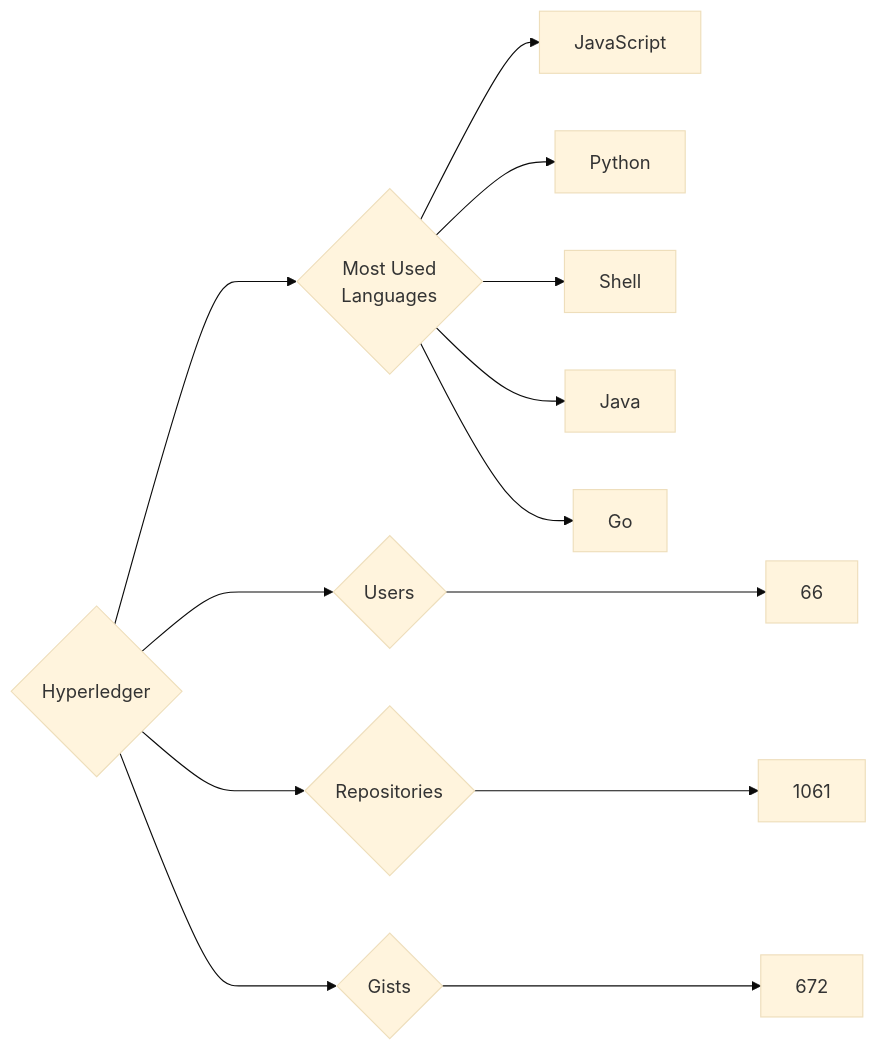
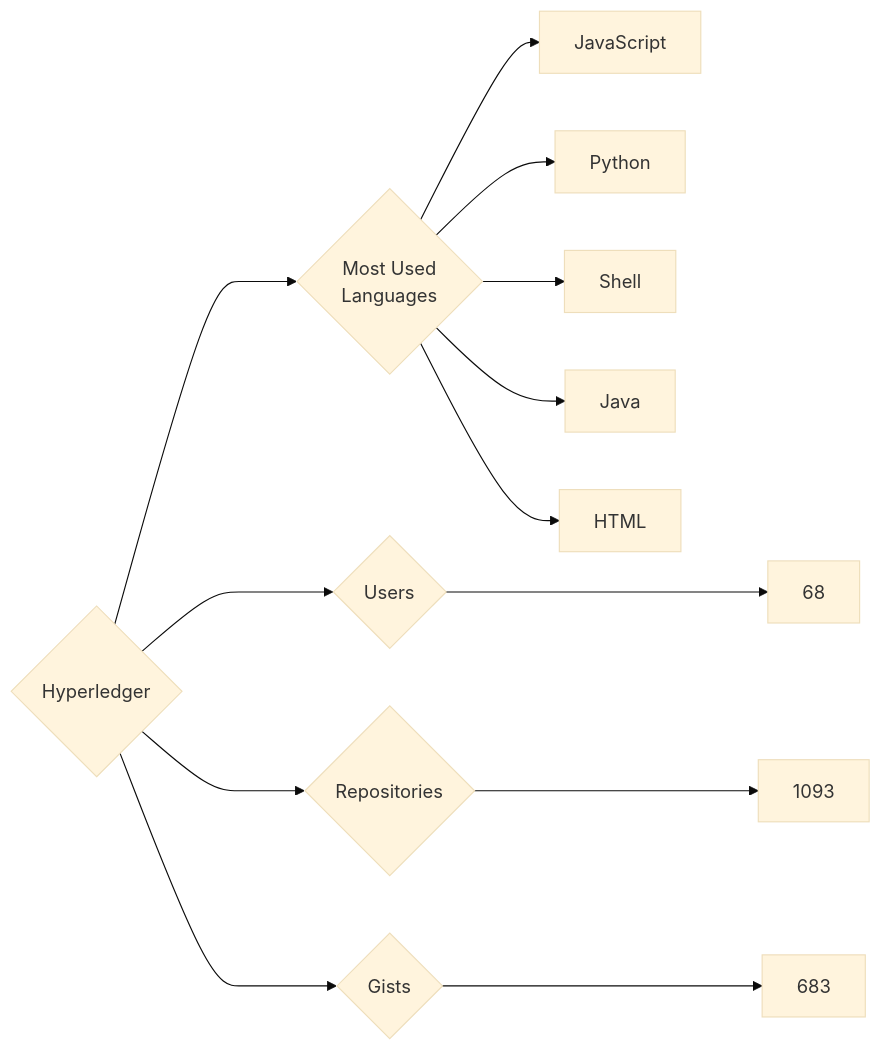
Before and after one commit to trickest/insiders: the diagram in targets/Hyperledger/README.md, drawn with Mermaid (base theme). The commit also changed 721 other files, not shown here.

````diff
--- a/targets/Hyperledger/README.md
+++ b/targets/Hyperledger/README.md
@@ -3,13 +3,13 @@
 ```mermaid
 graph LR
 COMPANY_NAME{Hyperledger}
-COMPANY_NAME ---> U{Users} ---> UN[66]
-COMPANY_NAME ---> R{Repositories} ---> RN[1061]
-COMPANY_NAME ---> G{Gists} ---> GN[672]
+COMPANY_NAME ---> U{Users} ---> UN[68]
+COMPANY_NAME ---> R{Repositories} ---> RN[1093]
+COMPANY_NAME ---> G{Gists} ---> GN[683]
 COMPANY_NAME ---> ML{Most Used<br>Languages}
 ML --> JavaScript[JavaScript]
 ML --> Python[Python]
 ML --> Shell[Shell]
 ML --> Java[Java]
-ML --> Go[Go]
+ML --> HTML[HTML]
 ```
````
